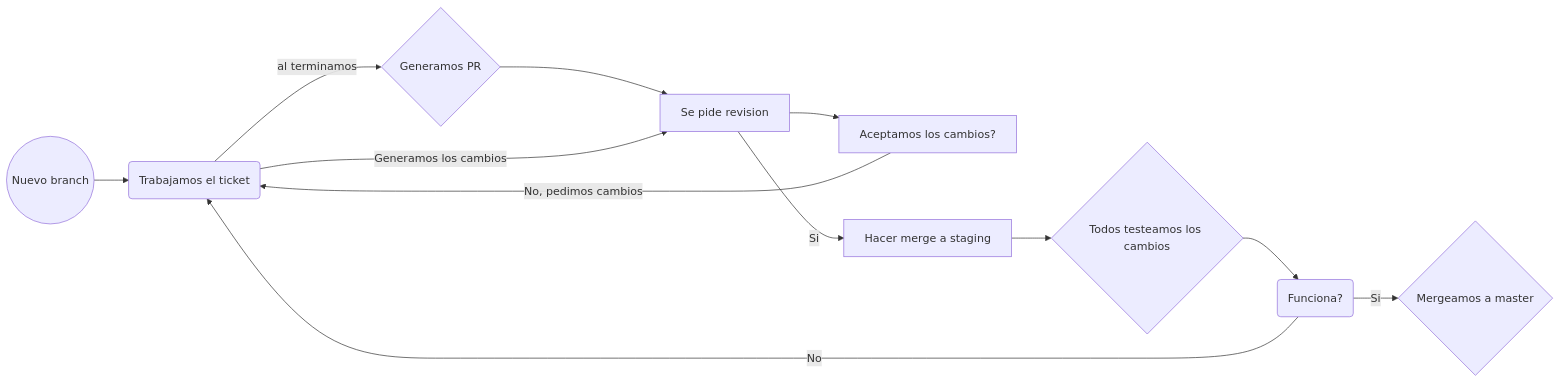
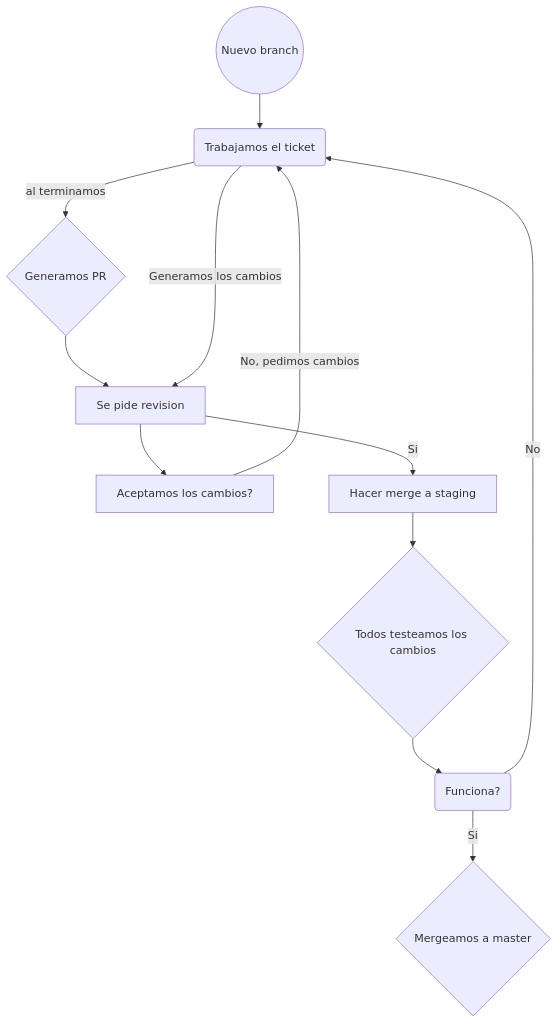
Before and after one commit to code-4-food/2019_TP_PPS_Comanda: the diagram in README.md, drawn with Mermaid.

Commit message:
visualizar imagen

````diff
--- a/README.md
+++ b/README.md
@@ -23,14 +23,14 @@
 ```mermaid
-graph LR;
+graph TD;
 B((Nuevo branch)) --> C(Trabajamos el ticket);
 C -- al terminamos --> D{Generamos PR};
 D --> E[Se pide revision];
 E --> F[Aceptamos los cambios?];
 F -- No, pedimos cambios --> C;
 C -- Generamos los cambios --> E;
 E -- Si --> G[Hacer merge a staging];
 G --> H{Todos testeamos los cambios};
 H --> I(Funciona?);
 I-- No --> C;
 I -- Si --> J{Mergeamos a master};
 ```
````
